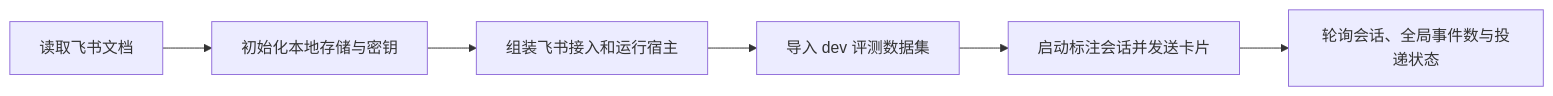
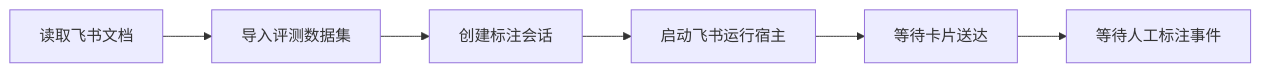
The diagram in .repo-review/knowledge/articles/f5eb4da86a2da0eeb6316527263a2849ffe80405e0c33963892ee227d32e3436.md (lejunyang/omem), drawn with Mermaid before and after one commit. The commit also changed other lines of this file and 234 other files, not shown here.

````diff
--- a/.repo-review/knowledge/articles/f5eb4da86a2da0eeb6316527263a2849ffe80405e0c33963892ee227d32e3436.md
+++ b/.repo-review/knowledge/articles/f5eb4da86a2da0eeb6316527263a2849ffe80405e0c33963892ee227d32e3436.md
@@ -17,8 +19,8 @@
 ```mermaid
 flowchart LR
-  A[读取飞书文档] --> B[初始化本地存储与密钥]
-  B --> C[组装飞书接入和运行宿主]
-  C --> D[导入 dev 评测数据集]
-  D --> E[启动标注会话并发送卡片]
-  E --> F[轮询会话、全局事件数与投递状态]
+  A[读取飞书文档] --> B[导入评测数据集]
+  B --> C[创建标注会话]
+  C --> D[启动飞书运行宿主]
+  D --> E[等待卡片送达]
+  E --> F[等待人工标注事件]
 ```
````
